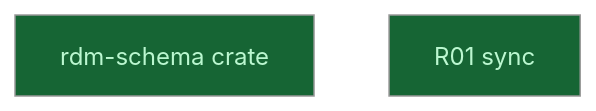
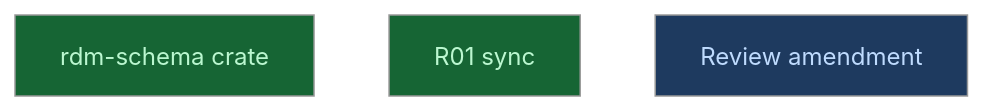
The diagram in __roadmap__/m0b-domain-model-spec/read/crate/README.md (CrackingShells/cracking-shells-playbook), drawn with Mermaid (neutral theme) before and after one commit. The commit also changed other lines of this file and 2 other files, not shown here.

Commit message:
chore(roadmap): plan the m0b review amendment

````diff
--- a/__roadmap__/m0b-domain-model-spec/read/crate/README.md
+++ b/__roadmap__/m0b-domain-model-spec/read/crate/README.md
@@ -19,10 +19,11 @@
 ```mermaid
 graph TD
     rdm_schema_crate[rdm-schema crate]:::done
     r01_sync[R01 sync]:::done
+    review[Review amendment]:::amendment
     classDef done       fill:#166534,color:#bbf7d0
     classDef inprogress fill:#854d0e,color:#fef08a
     classDef planned    fill:#374151,color:#e5e7eb
     classDef amendment  fill:#1e3a5f,color:#bfdbfe
     classDef blocked    fill:#7f1d1d,color:#fecaca
 ```
````
